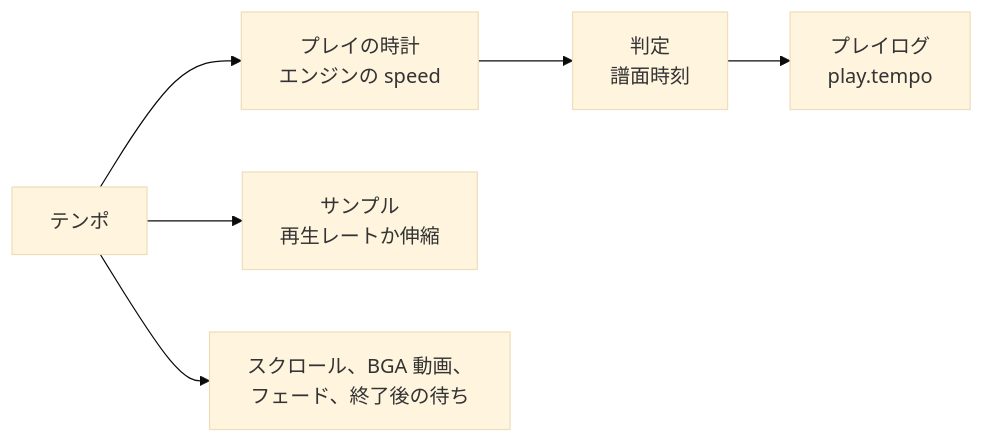
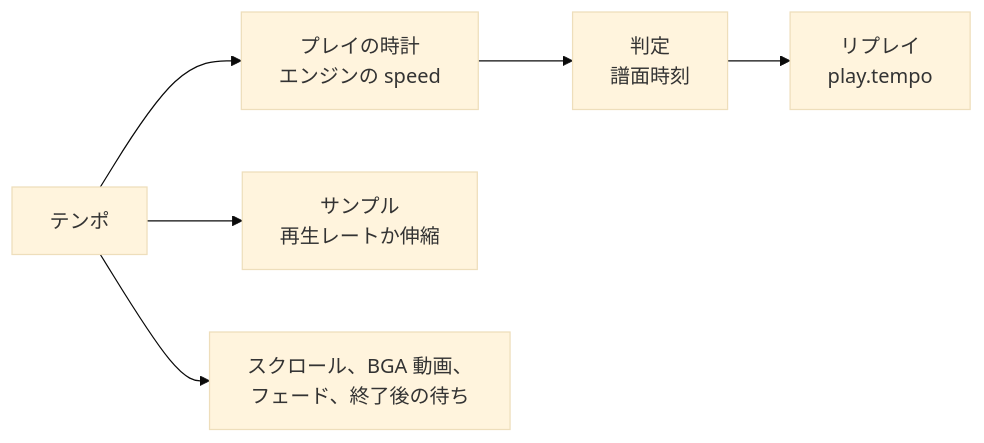
Before and after one commit to nulltask/be-music: the first of 15 diagrams in docs/player-web.ja.md, drawn with Mermaid (base theme). The commit also changed other lines of this file and 603 other files, not shown here.

Commit message:
refactor: align chart, replay, and judgment terminology

````diff
--- a/docs/player-web.ja.md
+++ b/docs/player-web.ja.md
@@ -97,8 +97,8 @@
 ```mermaid
 flowchart LR
     T[テンポ] --> C[プレイの時計<br/>エンジンの speed]
     T --> A[サンプル<br/>再生レートか伸縮]
     T --> V[スクロール、BGA 動画、<br/>フェード、終了後の待ち]
     C --> J[判定<br/>譜面時刻]
-    J --> L[プレイログ<br/>play.tempo]
+    J --> L[リプレイ<br/>play.tempo]
 ```
````
